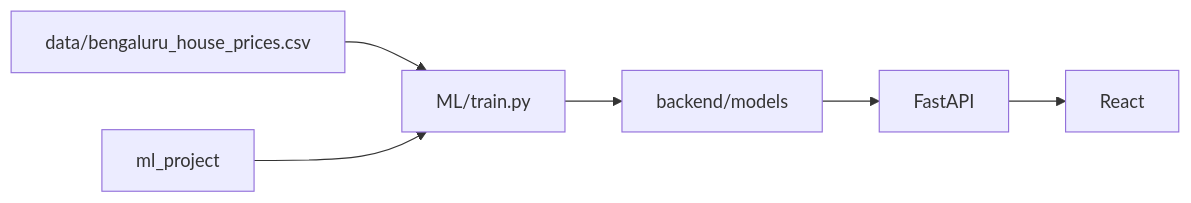
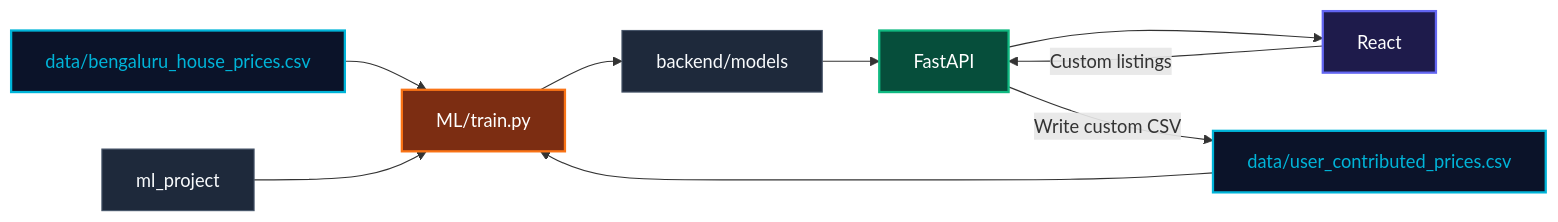
The diagram in README.md (parameswarrout/Bangalore-House-Price-Predictor), drawn with Mermaid before and after one commit. The commit also changed other lines of this file, not shown here.

Commit message:
docs: update root README model consensus and architecture diagram

````diff
--- a/README.md
+++ b/README.md
@@ -86,15 +92,31 @@
 ```mermaid
 flowchart LR
   CSV[data/bengaluru_house_prices.csv]
+  CustomCSV[data/user_contributed_prices.csv]
   Train[ML/train.py]
   Package[ml_project]
   Models[backend/models]
   API[FastAPI]
   UI[React]
 
   CSV --> Train
+  CustomCSV --> Train
   Package --> Train
   Train --> Models
   Models --> API
   API --> UI
+  UI -->|Custom listings| API
+  API -->|Write custom CSV| CustomCSV
+
+  %% Custom Styling
+  classDef default fill:#1e293b,stroke:#475569,stroke-width:1px,color:#f8fafc;
+  classDef ui fill:#1e1b4b,stroke:#6366f1,stroke-width:2px,color:#ffffff;
+  classDef api fill:#064e3b,stroke:#10b981,stroke-width:2px,color:#ffffff;
+  classDef storage fill:#0b1329,stroke:#00b4d8,stroke-width:2px,color:#00b4d8;
+  classDef pipeline fill:#7c2d12,stroke:#f97316,stroke-width:2px,color:#ffffff;
+
+  class UI ui;
+  class API api;
+  class CSV,CustomCSV storage;
+  class Train pipeline;
 ```
````
